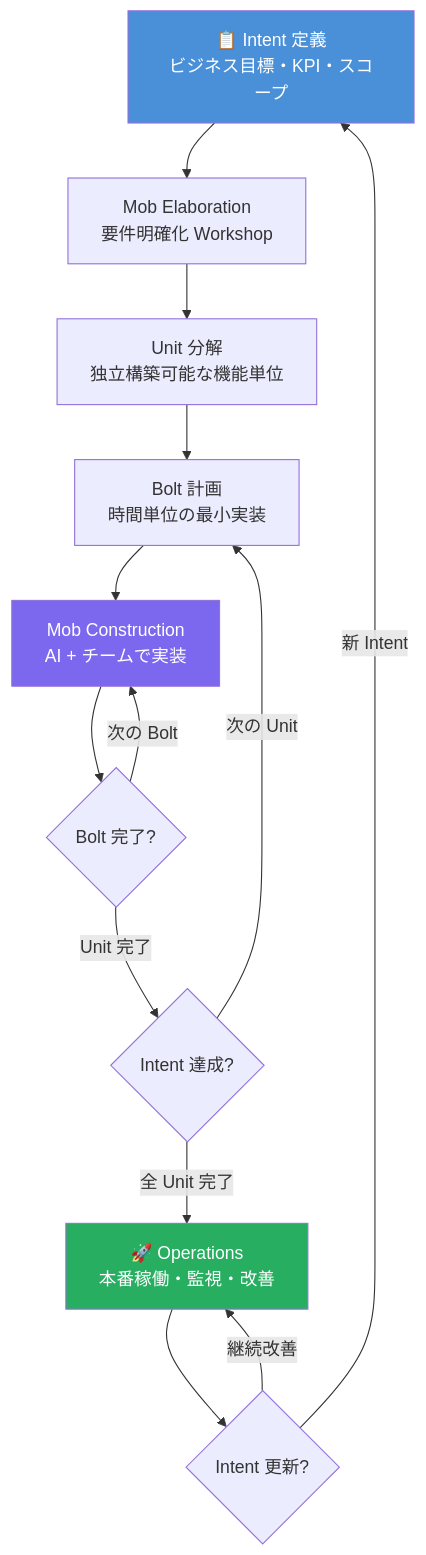
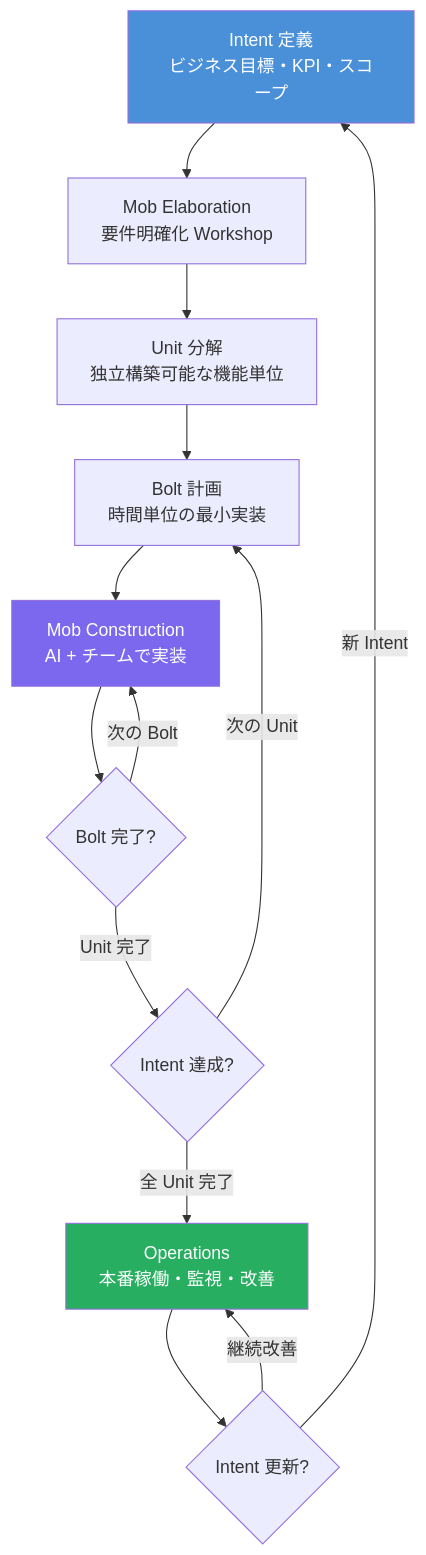
One commit to pioyan/learn-ai-dlc changed the first of 8 diagrams in 03_学習サポート/H_概念図ダイアグラム.md. Above: the diagram before and after it, drawn with Mermaid. The commit also changed other lines of this file and 11 other files, not shown here.

````diff
--- a/03_学習サポート/H_概念図ダイアグラム.md
+++ b/03_学習サポート/H_概念図ダイアグラム.md
@@ -9,20 +9,20 @@
 ```mermaid
 flowchart TD
-    A[📋 Intent 定義\nビジネス目標・KPI・スコープ] --> B[Mob Elaboration\n要件明確化 Workshop]
+    A[Intent 定義\nビジネス目標・KPI・スコープ] --> B[Mob Elaboration\n要件明確化 Workshop]
     B --> C[Unit 分解\n独立構築可能な機能単位]
     C --> D[Bolt 計画\n時間単位の最小実装]
 
     D --> E[Mob Construction\nAI + チームで実装]
     E --> F{Bolt 完了?}
     F -- 次の Bolt --> E
     F -- Unit 完了 --> G{Intent 達成?}
     G -- 次の Unit --> D
-    G -- 全 Unit 完了 --> H[🚀 Operations\n本番稼働・監視・改善]
+    G -- 全 Unit 完了 --> H[Operations\n本番稼働・監視・改善]
     H --> I{Intent 更新?}
     I -- 新 Intent --> A
     I -- 継続改善 --> H
 
     style A fill:#4A90D9,color:#fff
     style E fill:#7B68EE,color:#fff
     style H fill:#27AE60,color:#fff
 ```
````
